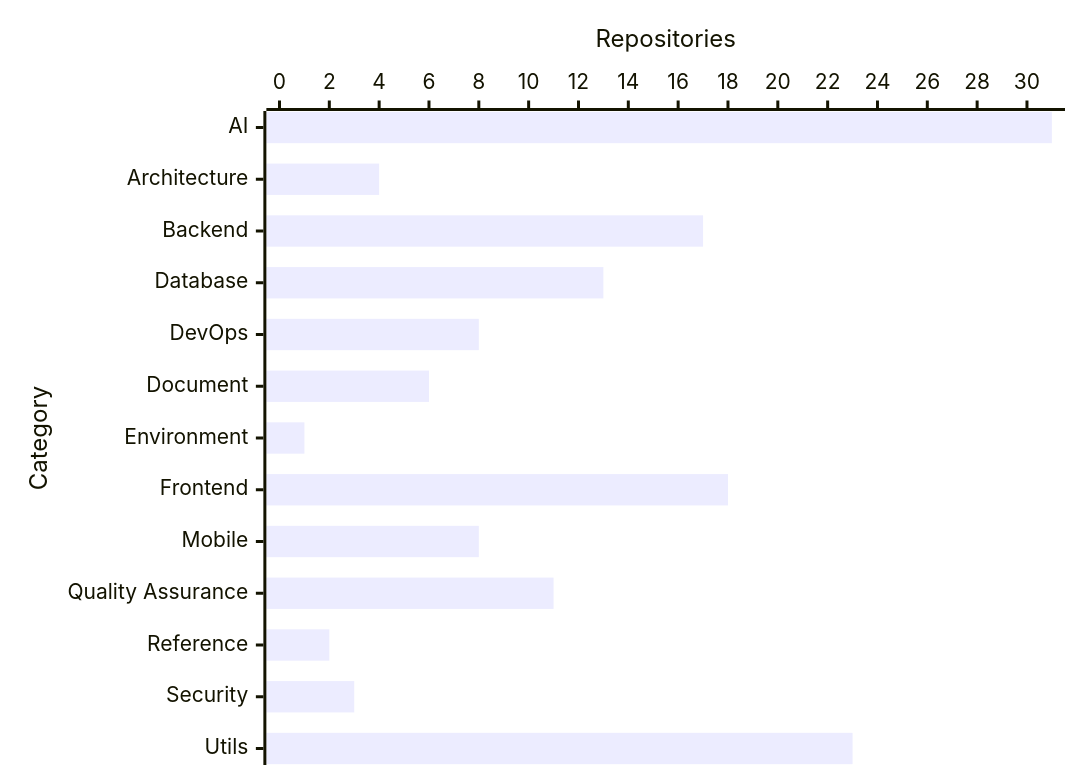
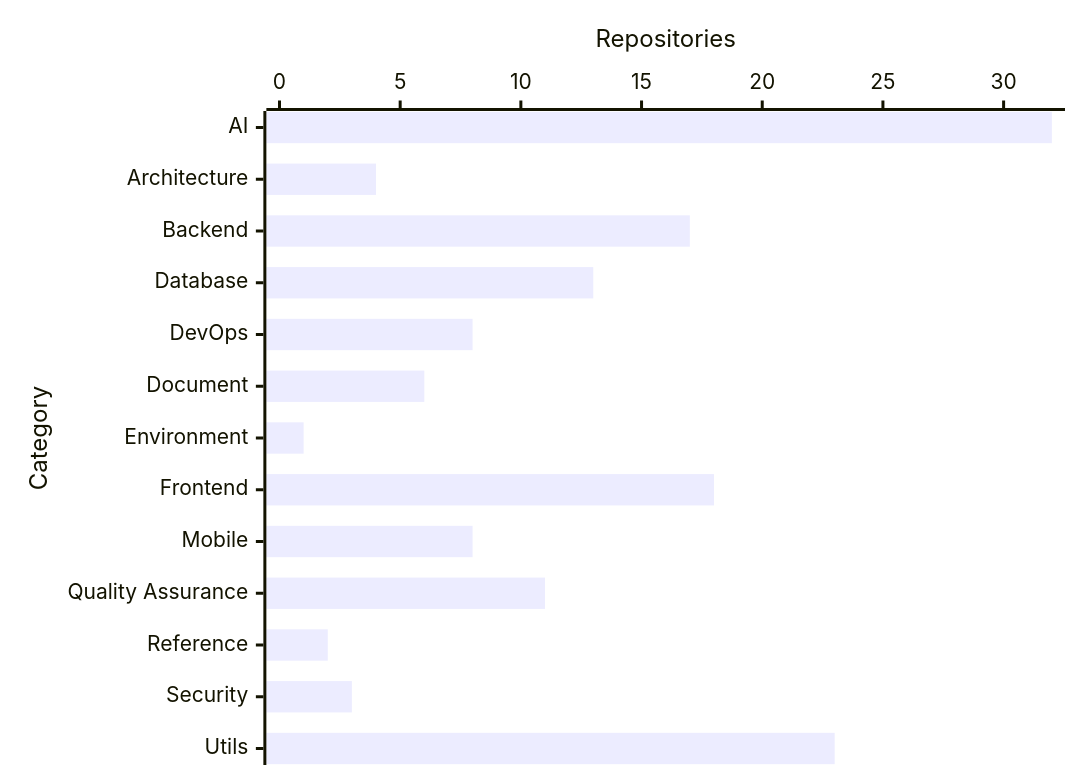
Before and after one commit to prawee/resource: the diagram in README.md, drawn with Mermaid. The commit also changed other lines of this file, not shown here.

````diff
--- a/README.md
+++ b/README.md
@@ -11,6 +11,6 @@
 ```mermaid
 xychart-beta horizontal
     x-axis "Category" ["AI", "Architecture", "Backend", "Database", "DevOps", "Document", "Environment", "Frontend", "Mobile", "Quality Assurance", "Reference", "Security", "Utils"]
-    y-axis "Repositories" 0 --> 31
-    bar [31, 4, 17, 13, 8, 6, 1, 18, 8, 11, 2, 3, 23]
+    y-axis "Repositories" 0 --> 32
+    bar [32, 4, 17, 13, 8, 6, 1, 18, 8, 11, 2, 3, 23]
 ```
````
